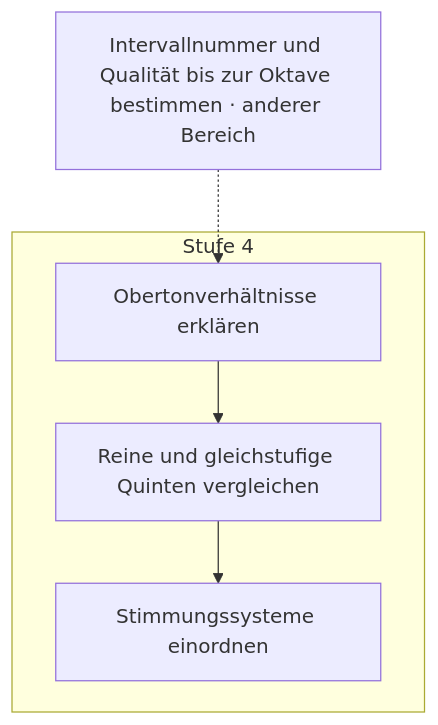
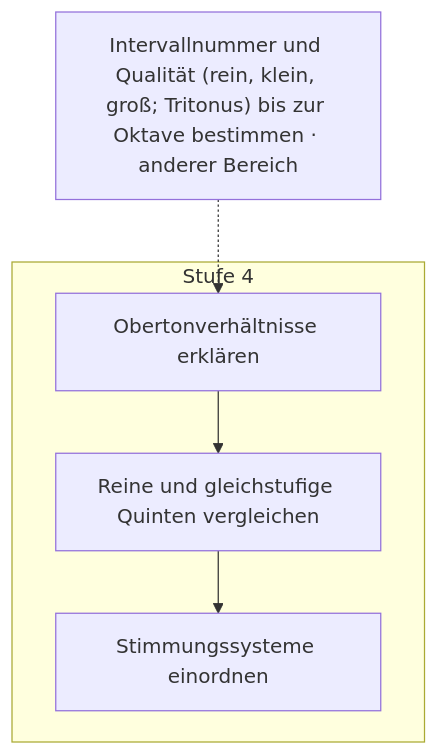
One commit to PhiFa96/harmonia changed diagram 16 of 16 in docs/plan/faehigkeitsgraph-diagramme.md. Above: the diagram before and after it, drawn with Mermaid. The commit also changed other lines of this file and 16 other files, not shown here.

First line of the commit message:
fix(content): Graphkorrekturen Stufe 1 und 2 aus der Fachprüfung (Katalogversion 17)

````diff
--- a/docs/plan/faehigkeitsgraph-diagramme.md
+++ b/docs/plan/faehigkeitsgraph-diagramme.md
@@ -989,12 +1002,12 @@
 ```mermaid
 flowchart TD
   subgraph level4["Stufe 4"]
     s156["Obertonverhältnisse erklären"]
     s157["Reine und gleichstufige Quinten vergleichen"]
     s158["Stimmungssysteme einordnen"]
   end
-  s53["Intervallnummer und Qualität bis zur Oktave bestimmen · anderer Bereich"]
+  s53["Intervallnummer und Qualität (rein, klein, groß; Tritonus) bis zur Oktave bestimmen · anderer Bereich"]
   s53 -.-> s156
   s156 --> s157
   s157 --> s158
 ```
````
